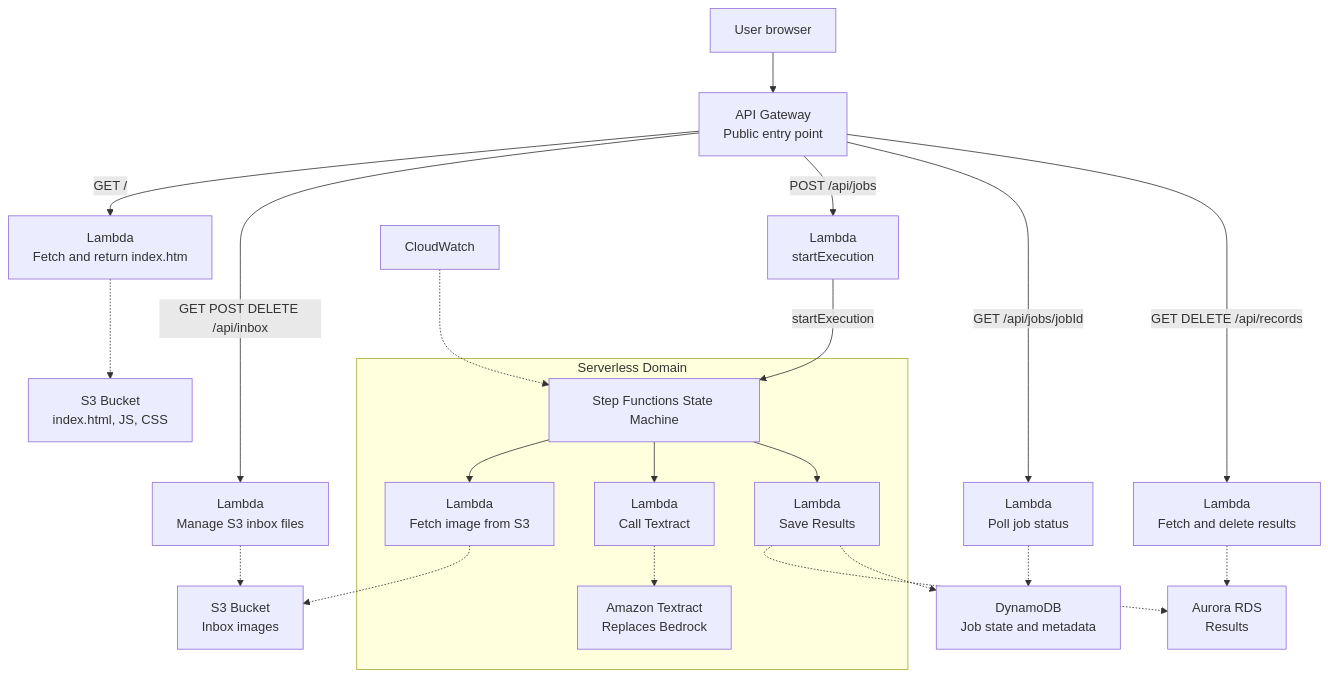
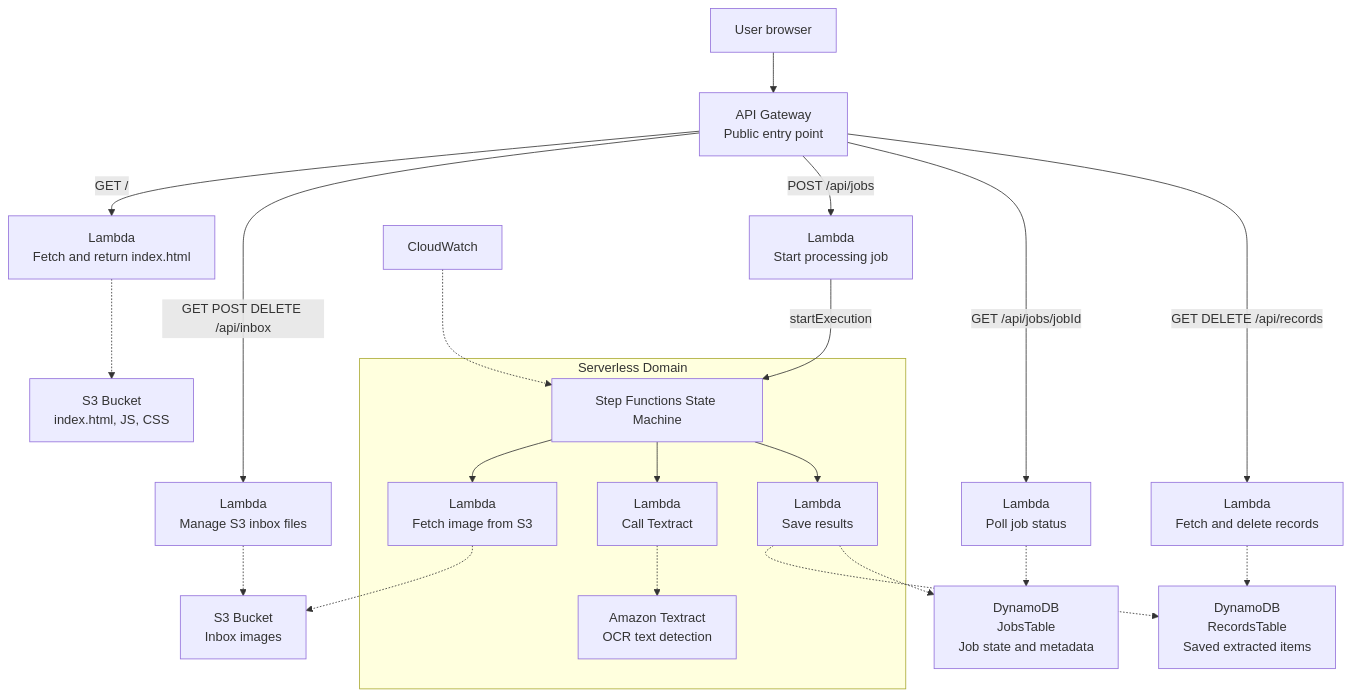
The diagram in README.md (Queen3K/CMSC_471), drawn with Mermaid before and after one commit.

Commit message:
final readme fix AB#5

````diff
--- a/README.md
+++ b/README.md
@@ -16,32 +16,33 @@
 ```mermaid
 graph TD
     User[User browser] --> APIG[API Gateway<br/>Public entry point]
 
-    APIG -->|GET /| LIndex[Lambda<br/>Fetch and return index.htm]
+    APIG -->|GET /| LIndex[Lambda<br/>Fetch and return index.html]
     APIG -->|GET POST DELETE /api/inbox| LInbox[Lambda<br/>Manage S3 inbox files]
-    APIG -->|POST /api/jobs| LStart[Lambda<br/>startExecution]
+    APIG -->|POST /api/jobs| LStart[Lambda<br/>Start processing job]
     APIG -->|GET /api/jobs/jobId| LPoll[Lambda<br/>Poll job status]
-    APIG -->|GET DELETE /api/records| LRecords[Lambda<br/>Fetch and delete results]
+    APIG -->|GET DELETE /api/records| LRecords[Lambda<br/>Fetch and delete records]
 
     LIndex -.-> S3Web[S3 Bucket<br/>index.html, JS, CSS]
-    LInbox -.-> S3Store[S3 Bucket<br/>Inbox images]
+    LInbox -.-> S3Inbox[S3 Bucket<br/>Inbox images]
     LStart -->|startExecution| SF
 
-    LPoll -.-> DDB[DynamoDB<br/>Job state and metadata]
-    LRecords -.-> Aurora[Aurora RDS<br/>Results]
+    LPoll -.-> JobsTable[DynamoDB<br/>JobsTable<br/>Job state and metadata]
+    LRecords -.-> RecordsTable[DynamoDB<br/>RecordsTable<br/>Saved extracted items]
 
     subgraph Serverless [Serverless Domain]
         SF[Step Functions State Machine]
 
         SF --> L1[Lambda<br/>Fetch image from S3]
         SF --> L2[Lambda<br/>Call Textract]
-        SF --> L3[Lambda<br/>Save Results]
+        SF --> L3[Lambda<br/>Save results]
 
-        L2 -.-> Text[Amazon Textract<br/>Replaces Bedrock]
+        L2 -.-> Text[Amazon Textract<br/>OCR text detection]
     end
-    L1 -.-> S3Store
-    L3 -.-> Aurora
-    L3 -.-> DDB
+
+    L1 -.-> S3Inbox
+    L3 -.-> RecordsTable
+    L3 -.-> JobsTable
 
     CW[CloudWatch] -.-> SF
 ```
````
